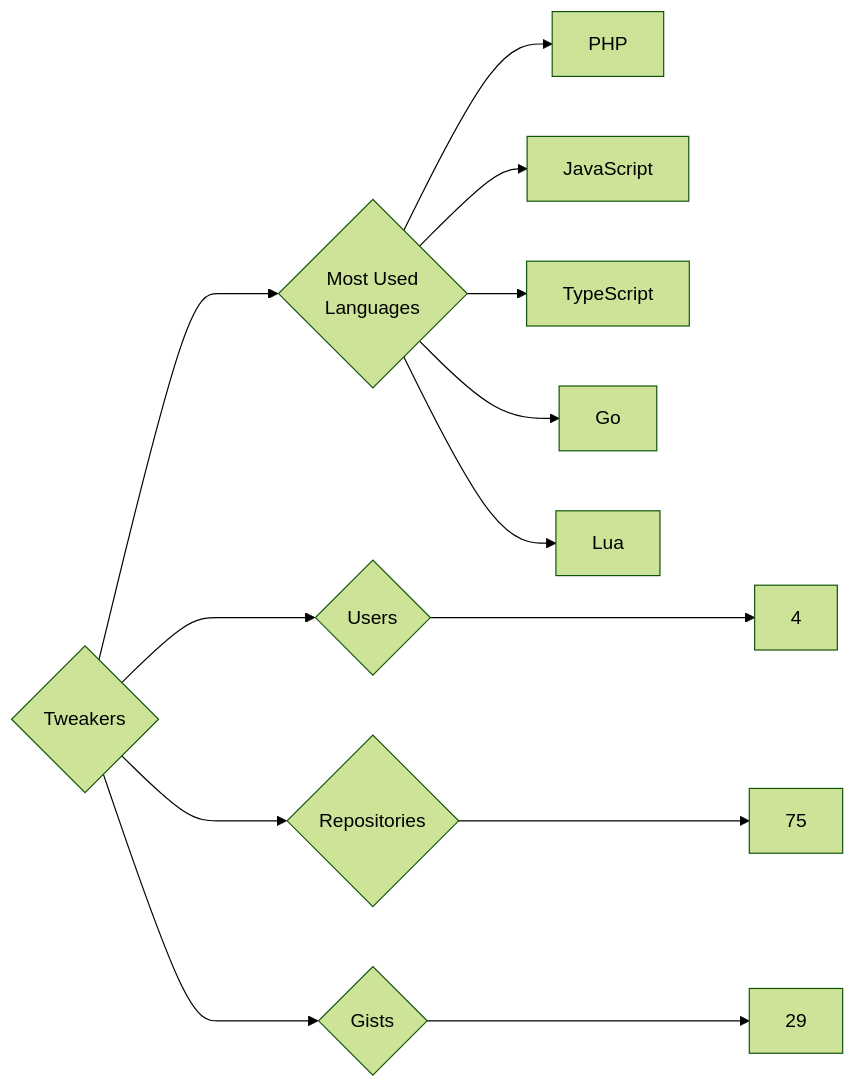
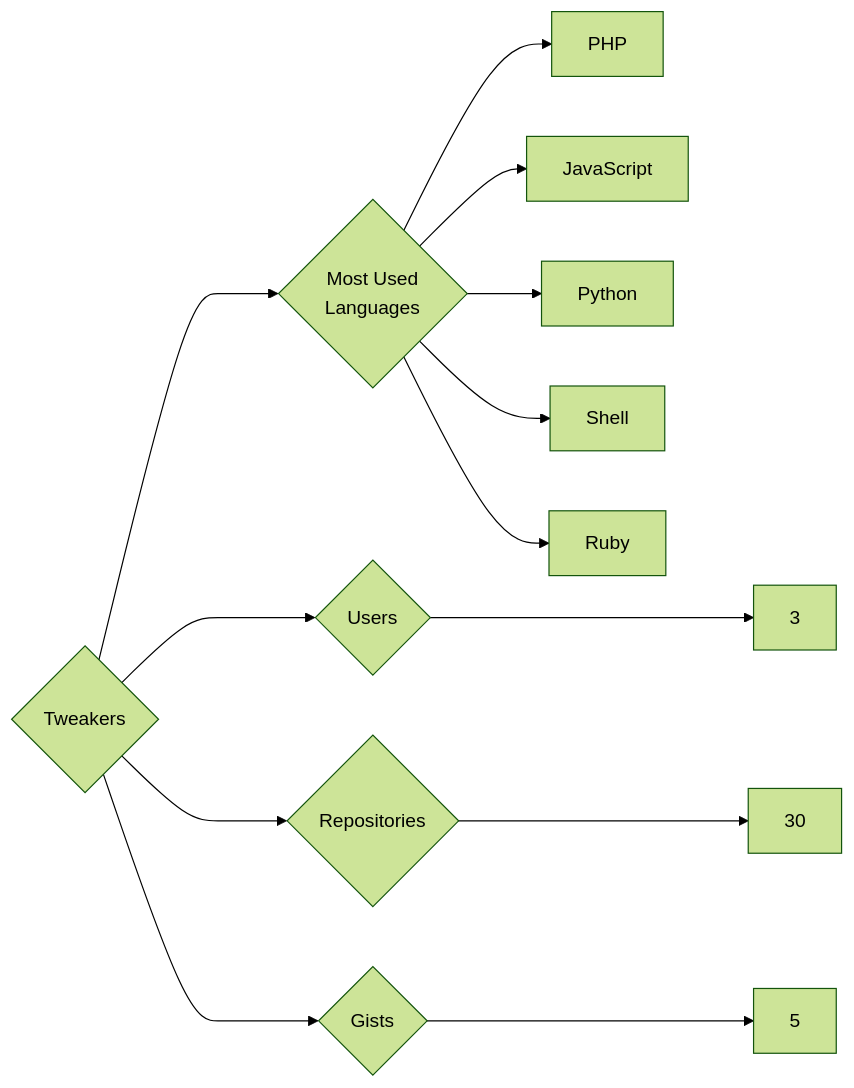
One commit to trickest/insiders changed the diagram in targets/Tweakers/README.md. Above: the diagram before and after it, drawn with Mermaid (forest theme). The commit also changed 1479 other files, not shown here.

````diff
--- a/targets/Tweakers/README.md
+++ b/targets/Tweakers/README.md
@@ -3,13 +3,13 @@
 ```mermaid
 graph LR
 COMPANY_NAME{Tweakers}
-COMPANY_NAME ---> U{Users} ---> UN[4]
-COMPANY_NAME ---> R{Repositories} ---> RN[75]
-COMPANY_NAME ---> G{Gists} ---> GN[29]
+COMPANY_NAME ---> U{Users} ---> UN[3]
+COMPANY_NAME ---> R{Repositories} ---> RN[30]
+COMPANY_NAME ---> G{Gists} ---> GN[5]
 COMPANY_NAME ---> ML{Most Used<br>Languages}
 ML --> PHP[PHP]
 ML --> JavaScript[JavaScript]
-ML --> TypeScript[TypeScript]
-ML --> Go[Go]
-ML --> Lua[Lua]
+ML --> Python[Python]
+ML --> Shell[Shell]
+ML --> Ruby[Ruby]
 ```
````
